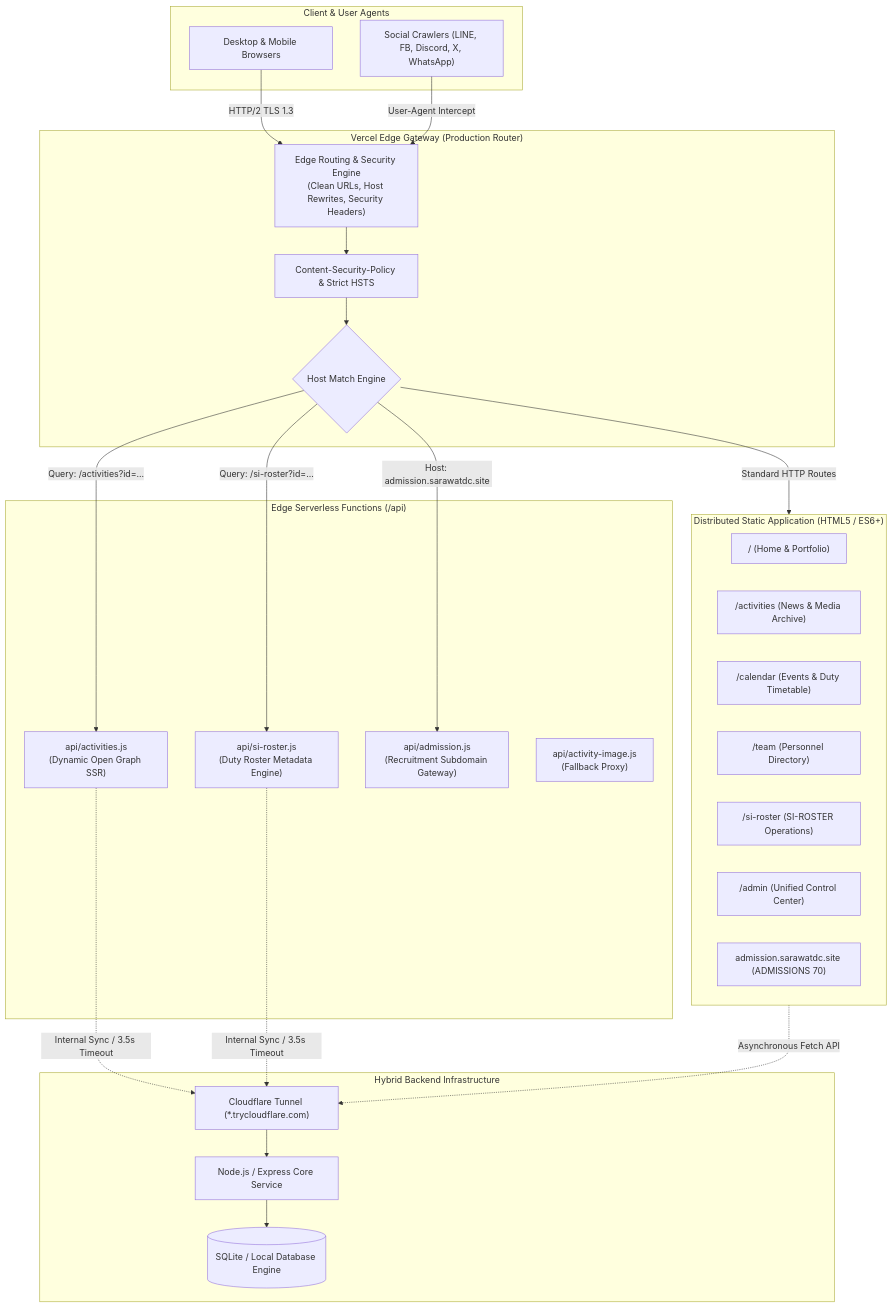
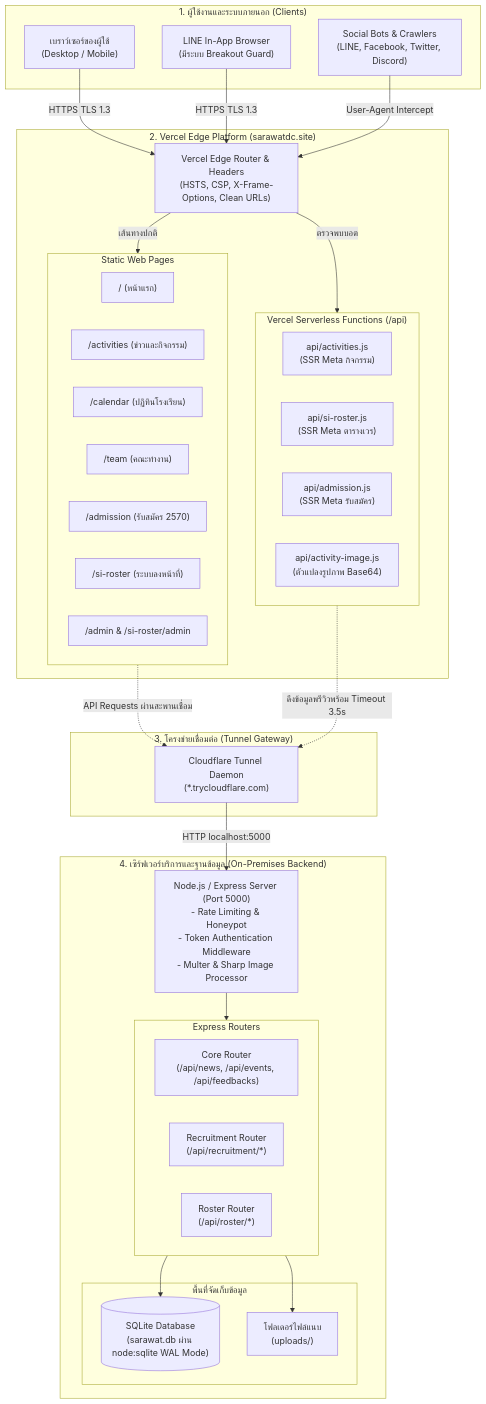
The first of 2 diagrams in README.md (Pansamcth/sarawat-home), drawn with Mermaid before and after one commit. The commit also changed other lines of this file, not shown here.

Commit message:
docs: rewrite README.md into production-grade technical documentation in Thai

````diff
--- a/README.md
+++ b/README.md
@@ -17,53 +93,63 @@
 ```mermaid
 flowchart TD
-    subgraph ClientLayer["Client & User Agents"]
-        Browser["Desktop & Mobile Browsers"]
-        SocialBots["Social Crawlers (LINE, FB, Discord, X, WhatsApp)"]
+    subgraph Clients["1. ผู้ใช้งานและระบบภายนอก (Clients)"]
+        UserBrowser["เบราว์เซอร์ของผู้ใช้\n(Desktop / Mobile)"]
+        LineApp["LINE In-App Browser\n(มีระบบ Breakout Guard)"]
+        SocialCrawlers["Social Bots & Crawlers\n(LINE, Facebook, Twitter, Discord)"]
     end
 
-    subgraph VercelEdge["Vercel Edge Gateway (Production Router)"]
-        EdgeRouter["Edge Routing & Security Engine\n(Clean URLs, Host Rewrites, Security Headers)"]
-        CSP["Content-Security-Policy & Strict HSTS"]
-        HostMatch{"Host Match Engine"}
+    subgraph VercelEdge["2. Vercel Edge Platform (sarawatdc.site)"]
+        EdgeRouter["Vercel Edge Router & Headers\n(HSTS, CSP, X-Frame-Options, Clean URLs)"]
+        
+        subgraph StaticPages["Static Web Pages"]
+            P_Home["/ (หน้าแรก)"]
+            P_Activities["/activities (ข่าวและกิจกรรม)"]
+            P_Calendar["/calendar (ปฏิทินโรงเรียน)"]
+            P_Team["/team (คณะทำงาน)"]
+            P_Admission["/admission (รับสมัคร 2570)"]
+            P_Roster["/si-roster (ระบบลงหน้าที่)"]
+            P_Admin["/admin & /si-roster/admin"]
+        end
+
+        subgraph EdgeFunctions["Vercel Serverless Functions (/api)"]
+            Fn_Activities["api/activities.js\n(SSR Meta กิจกรรม)"]
+            Fn_Roster["api/si-roster.js\n(SSR Meta ตารางเวร)"]
+            Fn_Admission["api/admission.js\n(SSR Meta รับสมัคร)"]
+            Fn_ImgProxy["api/activity-image.js\n(ตัวแปลงรูปภาพ Base64)"]
+        end
     end
 
-    subgraph ServerlessLayer["Edge Serverless Functions (/api)"]
-        SSR_Activities["api/activities.js\n(Dynamic Open Graph SSR)"]
-        SSR_Roster["api/si-roster.js\n(Duty Roster Metadata Engine)"]
-        SSR_Admission["api/admission.js\n(Recruitment Subdomain Gateway)"]
-        ImgProxy["api/activity-image.js\n(Fallback Proxy)"]
+    subgraph TunnelLayer["3. โครงข่ายเชื่อมต่อ (Tunnel Gateway)"]
+        CFTunnel["Cloudflare Tunnel Daemon\n(*.trycloudflare.com)"]
     end
 
-    subgraph FrontendStatic["Distributed Static Application (HTML5 / ES6+)"]
-        Home["/ (Home & Portfolio)"]
-        Activities["/activities (News & Media Archive)"]
-        Calendar["/calendar (Events & Duty Timetable)"]
-        Team["/team (Personnel Directory)"]
-        RosterApp["/si-roster (SI-ROSTER Operations)"]
-        AdminApp["/admin (Unified Control Center)"]
-        AdmissionApp["admission.sarawatdc.site (ADMISSIONS 70)"]
+    subgraph OnPremBackend["4. เซิร์ฟเวอร์บริการและฐานข้อมูล (On-Premises Backend)"]
+        ExpressServer["Node.js / Express Server (Port 5000)\n- Rate Limiting & Honeypot\n- Token Authentication Middleware\n- Multer & Sharp Image Processor"]
+        
+        subgraph APIRouters["Express Routers"]
+            R_Core["Core Router\n(/api/news, /api/events, /api/feedbacks)"]
+            R_Recruit["Recruitment Router\n(/api/recruitment/*)"]
+            R_Roster["Roster Router\n(/api/roster/*)"]
+        end
+
+        subgraph LocalStorage["พื้นที่จัดเก็บข้อมูล"]
+            SQLiteDB[("SQLite Database\n(sarawat.db ผ่าน node:sqlite WAL Mode)")]
+            UploadsDir["โฟลเดอร์ไฟล์แนบ\n(uploads/)"]
+        end
     end
 
-    subgraph BackendTunnel["Hybrid Backend Infrastructure"]
-        CFTunnel["Cloudflare Tunnel (*.trycloudflare.com)"]
-        NodeServer["Node.js / Express Core Service"]
-        StorageEngine[("SQLite / Local Database Engine")]
-    end
+    UserBrowser -->|HTTPS TLS 1.3| EdgeRouter
+    LineApp -->|HTTPS TLS 1.3| EdgeRouter
+    SocialCrawlers -->|User-Agent Intercept| EdgeRouter
 
-    Browser -->|HTTP/2 TLS 1.3| EdgeRouter
-    SocialBots -->|User-Agent Intercept| EdgeRouter
+    EdgeRouter -->|เส้นทางปกติ| StaticPages
+    EdgeRouter -->|ตรวจพบบอต| EdgeFunctions
+    
+    StaticPages -.->|API Requests ผ่านสะพานเชื่อม| CFTunnel
+    EdgeFunctions -.->|ดึงข้อมูลพรีวิวพร้อม Timeout 3.5s| CFTunnel
 
-    EdgeRouter --> CSP
-    CSP --> HostMatch
-
-    HostMatch -->|Host: admission.sarawatdc.site| SSR_Admission
-    HostMatch -->|Query: /activities?id=...| SSR_Activities
-    HostMatch -->|Query: /si-roster?id=...| SSR_Roster
-    HostMatch -->|Standard HTTP Routes| FrontendStatic
-
-    FrontendStatic -.->|Asynchronous Fetch API| CFTunnel
-    SSR_Activities -.->|Internal Sync / 3.5s Timeout| CFTunnel
-    SSR_Roster -.->|Internal Sync / 3.5s Timeout| CFTunnel
-    CFTunnel --> NodeServer
-    NodeServer --> StorageEngine
+    CFTunnel -->|HTTP localhost:5000| ExpressServer
+    ExpressServer --> APIRouters
+    APIRouters --> SQLiteDB
+    APIRouters --> UploadsDir
 ```
````
